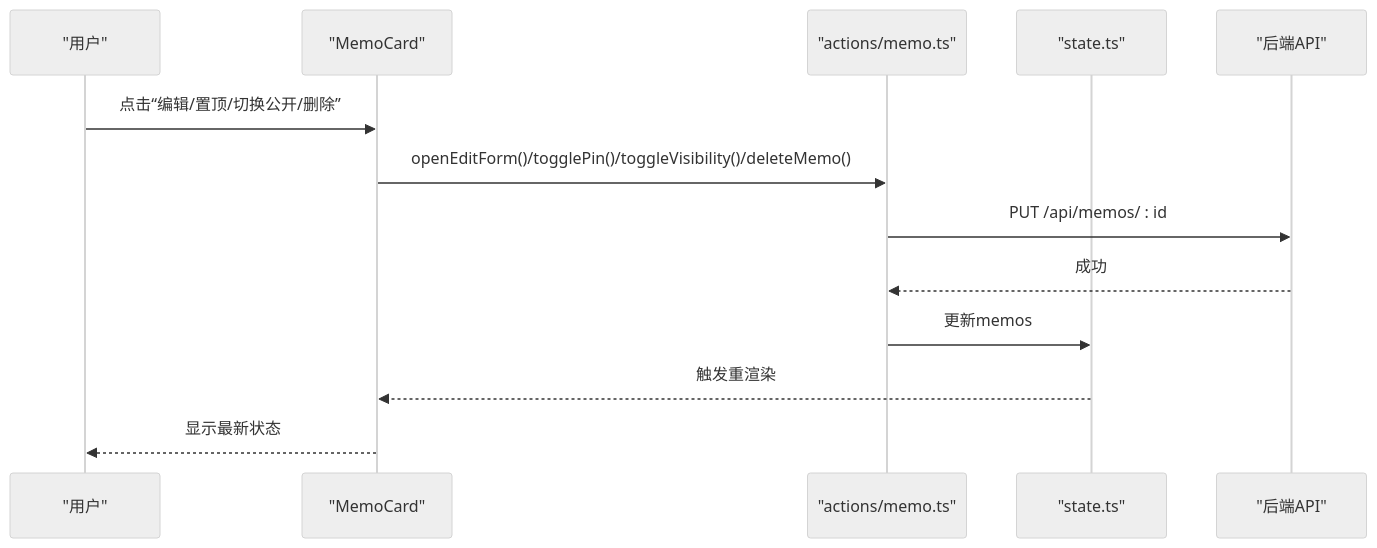
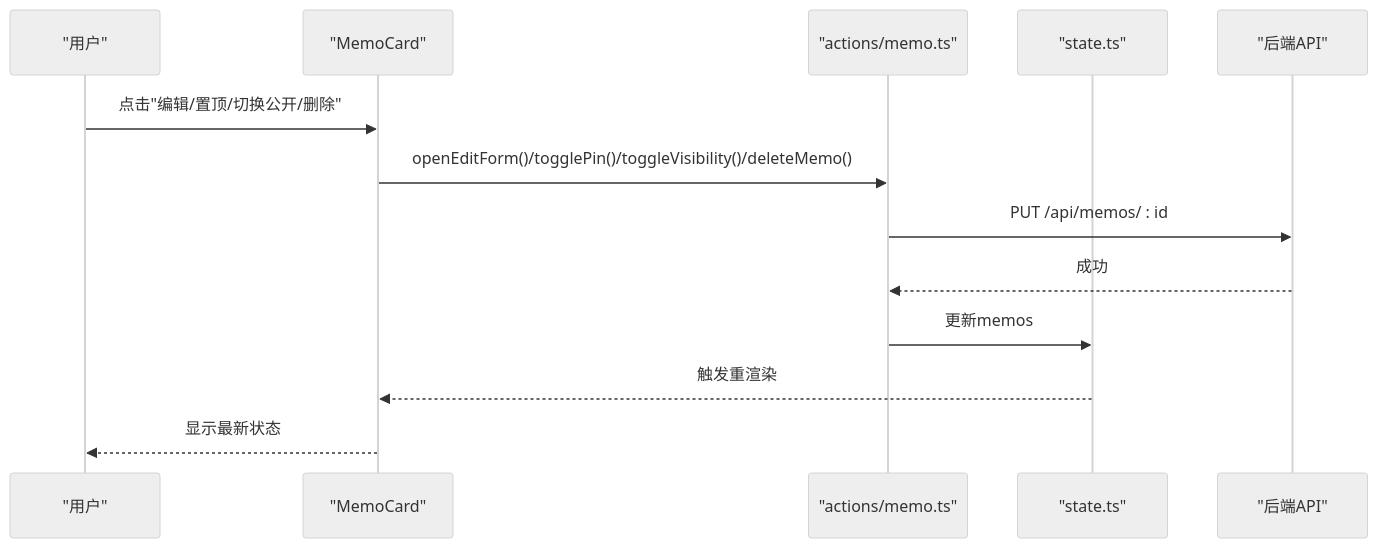
Before and after one commit to BlackBoxRecorder/memos: the fifth of 12 diagrams in .qoder/repowiki/zh/content/前端应用/Admin管理界面/Admin管理界面.md, drawn with Mermaid (neutral theme). The commit also changed other lines of this file and 3 other files, not shown here.

````diff
--- a/.qoder/repowiki/zh/content/前端应用/Admin管理界面/Admin管理界面.md
+++ b/.qoder/repowiki/zh/content/前端应用/Admin管理界面/Admin管理界面.md
@@ -220,15 +220,15 @@
 ```mermaid
 sequenceDiagram
 participant U as "用户"
 participant MC as "MemoCard"
 participant ACT as "actions/memo.ts"
 participant ST as "state.ts"
 participant API as "后端API"
-U->>MC : 点击“编辑/置顶/切换公开/删除”
+U->>MC : 点击"编辑/置顶/切换公开/删除"
 MC->>ACT : openEditForm()/togglePin()/toggleVisibility()/deleteMemo()
 ACT->>API : PUT /api/memos/ : id
 API-->>ACT : 成功
 ACT->>ST : 更新memos
 ST-->>MC : 触发重渲染
 MC-->>U : 显示最新状态
 ```
````
